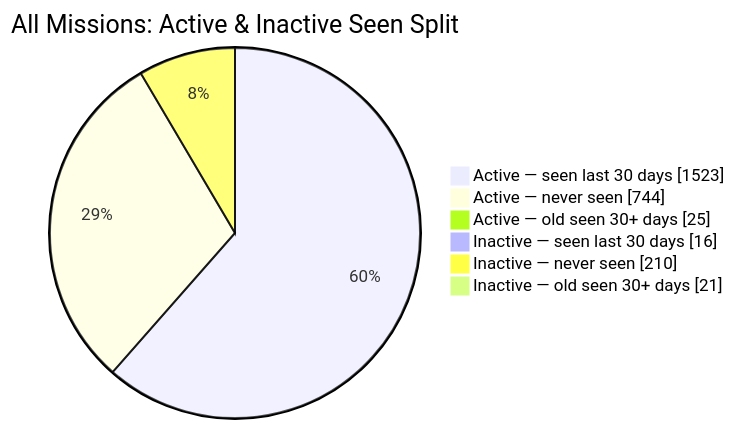
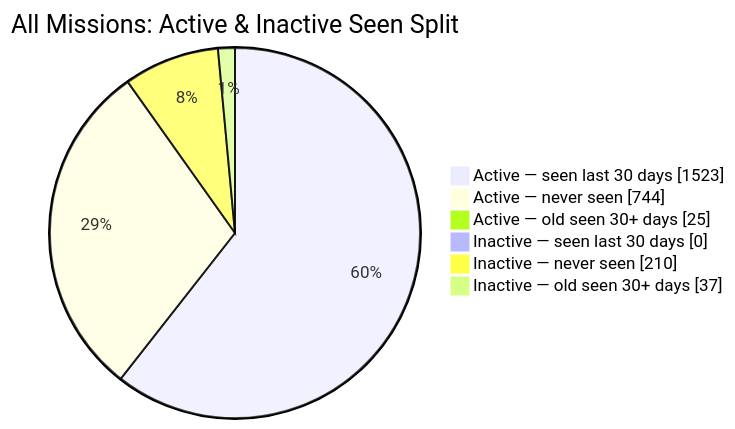
The second of 2 diagrams in README.md (MeldkamerspelGameTeam/active-missions), drawn with Mermaid before and after one commit. The commit also changed other lines of this file and 3 other files, not shown here.

````diff
--- a/README.md
+++ b/README.md
@@ -44,10 +44,10 @@
 ```mermaid
 pie showData
     title All Missions: Active & Inactive Seen Split
     "Active — seen last 30 days" : 1523
     "Active — never seen" : 744
     "Active — old seen 30+ days" : 25
-    "Inactive — seen last 30 days" : 16
+    "Inactive — seen last 30 days" : 0
     "Inactive — never seen" : 210
-    "Inactive — old seen 30+ days" : 21
+    "Inactive — old seen 30+ days" : 37
 ```
````
